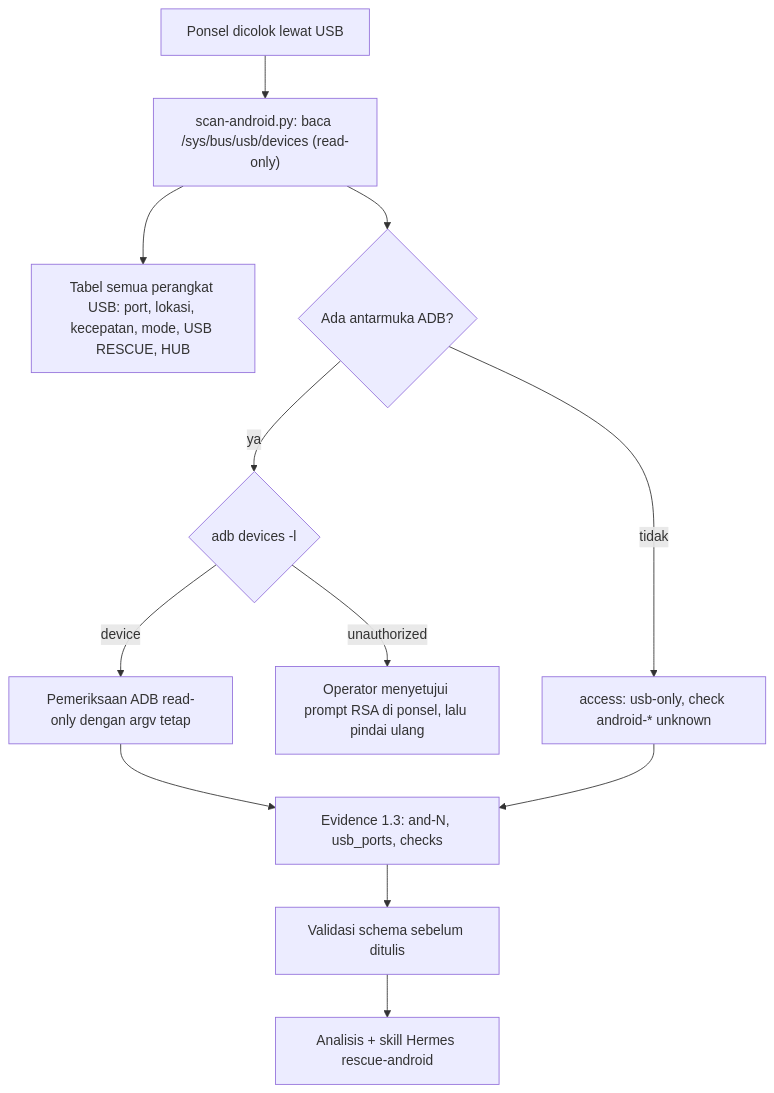
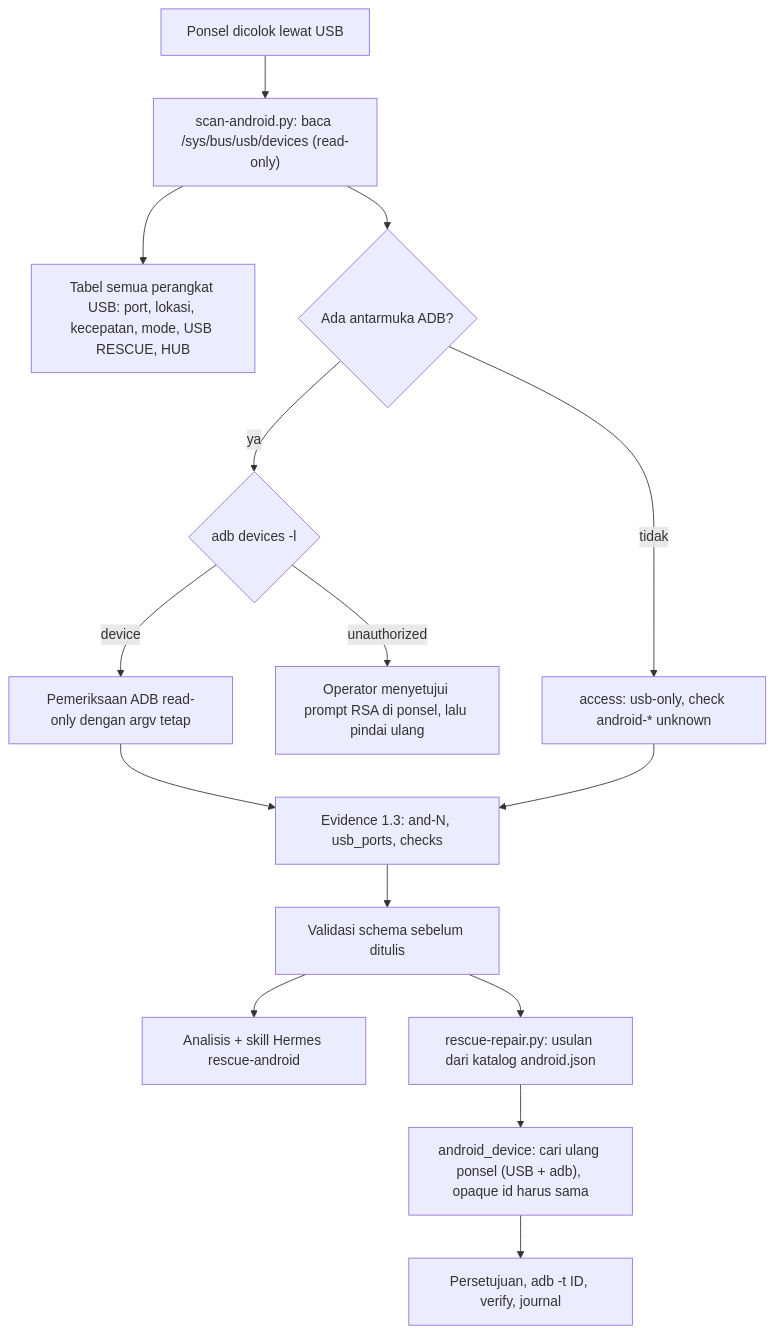
The diagram in docs/android.md (ahliweb/linux-mint-xfce-rescue-ai), drawn with Mermaid before and after one commit. The commit also changed other lines of this file and 21 other files, not shown here.

First line of the commit message:
feat: Android repair actions over ADB with the engine-resolved android_device parameter (#48 phase 2)

````diff
--- a/docs/android.md
+++ b/docs/android.md
@@ -18,14 +18,17 @@
 ```mermaid
 flowchart TD
     U["Ponsel dicolok lewat USB"] --> I["scan-android.py: baca /sys/bus/usb/devices (read-only)"]
     I --> T["Tabel semua perangkat USB: port, lokasi, kecepatan, mode, USB RESCUE, HUB"]
     I --> M{"Ada antarmuka ADB?"}
     M -- tidak --> O["access: usb-only, check android-* unknown"]
     M -- ya --> A{"adb devices -l"}
     A -- unauthorized --> H["Operator menyetujui prompt RSA di ponsel, lalu pindai ulang"]
     A -- "device" --> C["Pemeriksaan ADB read-only dengan argv tetap"]
     C --> E["Evidence 1.3: and-N, usb_ports, checks"]
     O --> E
     E --> V["Validasi schema sebelum ditulis"]
     V --> R["Analisis + skill Hermes rescue-android"]
+    V --> G["rescue-repair.py: usulan dari katalog android.json"]
+    G --> D["android_device: cari ulang ponsel (USB + adb), opaque id harus sama"]
+    D --> J["Persetujuan, adb -t ID, verify, journal"]
 ```
````
